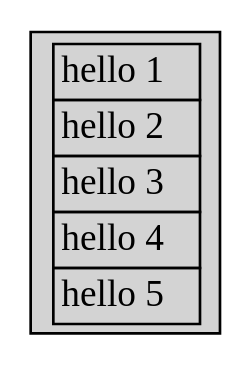
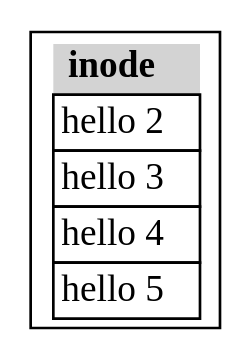
The diagram in img/ds2.dot (Jeanhwea/xv6-course), drawn with Graphviz before and after one commit. The commit also changed 5 other files, not shown here.

```diff
--- a/img/ds2.dot
+++ b/img/ds2.dot
@@ -1,16 +1,16 @@
 digraph ds2_struct {
   rankdir = LR;
-  node [shape=record, style=filled];
+  node [shape=record];
 
   file [
     label=<
       <table border="0" cellborder="1" cellspacing="0">
-        <tr><td>hello 1</td></tr>
+        <tr><td bgcolor="lightgray" border="0"><b>inode</b></td></tr>
         <tr><td>hello 2</td></tr>
         <tr><td>hello 3</td></tr>
         <tr><td>hello 4</td></tr>
         <tr><td>hello 5</td></tr>
       </table>
     >
   ];
 }
```
